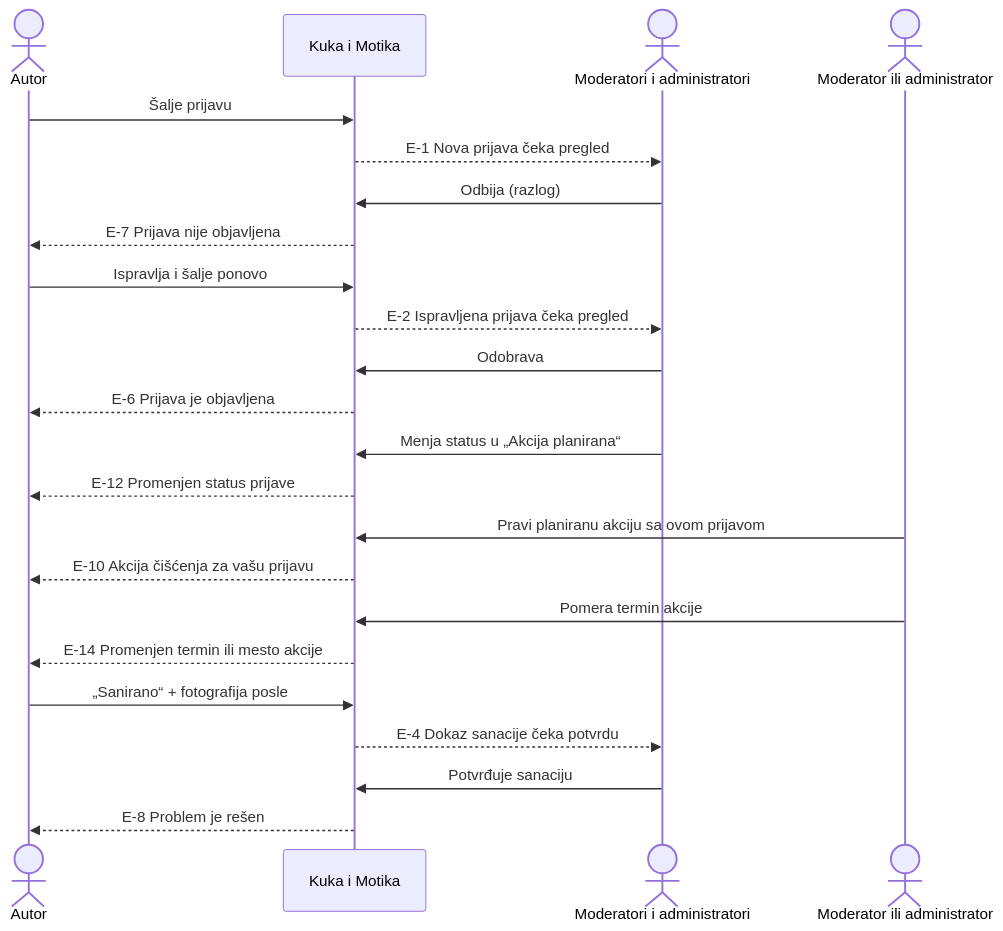
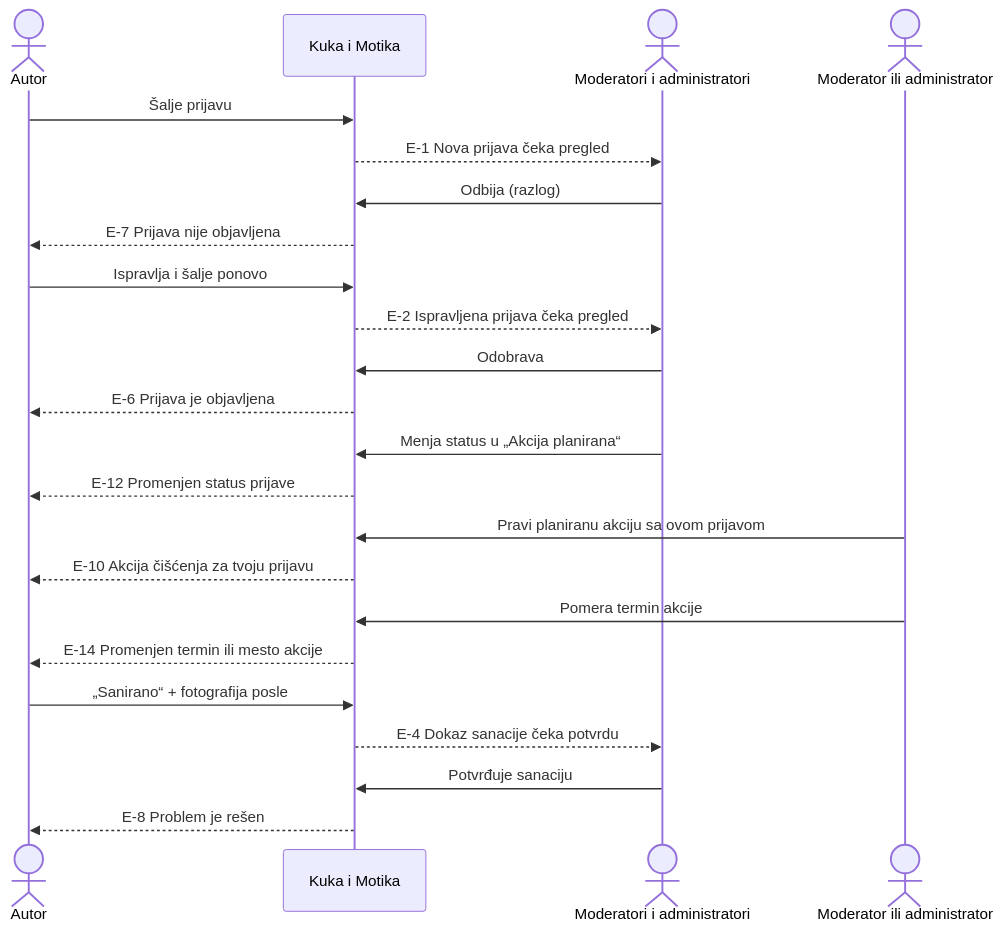
The third of 3 diagrams in docs/use-cases.md (ocistimo-novi-sad/ocistimo-novi-sad.github.io), drawn with Mermaid before and after one commit. The commit also changed other lines of this file, not shown here.

````diff
--- a/docs/use-cases.md
+++ b/docs/use-cases.md
@@ -574,26 +574,26 @@
 ```mermaid
 sequenceDiagram
     actor A as Autor
     participant App as Kuka i Motika
     actor M as Moderatori i administratori
     actor Adm as Moderator ili administrator
 
     A->>App: Šalje prijavu
     App-->>M: E-1 Nova prijava čeka pregled
     M->>App: Odbija (razlog)
     App-->>A: E-7 Prijava nije objavljena
     A->>App: Ispravlja i šalje ponovo
     App-->>M: E-2 Ispravljena prijava čeka pregled
     M->>App: Odobrava
     App-->>A: E-6 Prijava je objavljena
     M->>App: Menja status u „Akcija planirana“
     App-->>A: E-12 Promenjen status prijave
     Adm->>App: Pravi planiranu akciju sa ovom prijavom
-    App-->>A: E-10 Akcija čišćenja za vašu prijavu
+    App-->>A: E-10 Akcija čišćenja za tvoju prijavu
     Adm->>App: Pomera termin akcije
     App-->>A: E-14 Promenjen termin ili mesto akcije
     A->>App: „Sanirano“ + fotografija posle
     App-->>M: E-4 Dokaz sanacije čeka potvrdu
     M->>App: Potvrđuje sanaciju
     App-->>A: E-8 Problem je rešen
 ```
````
